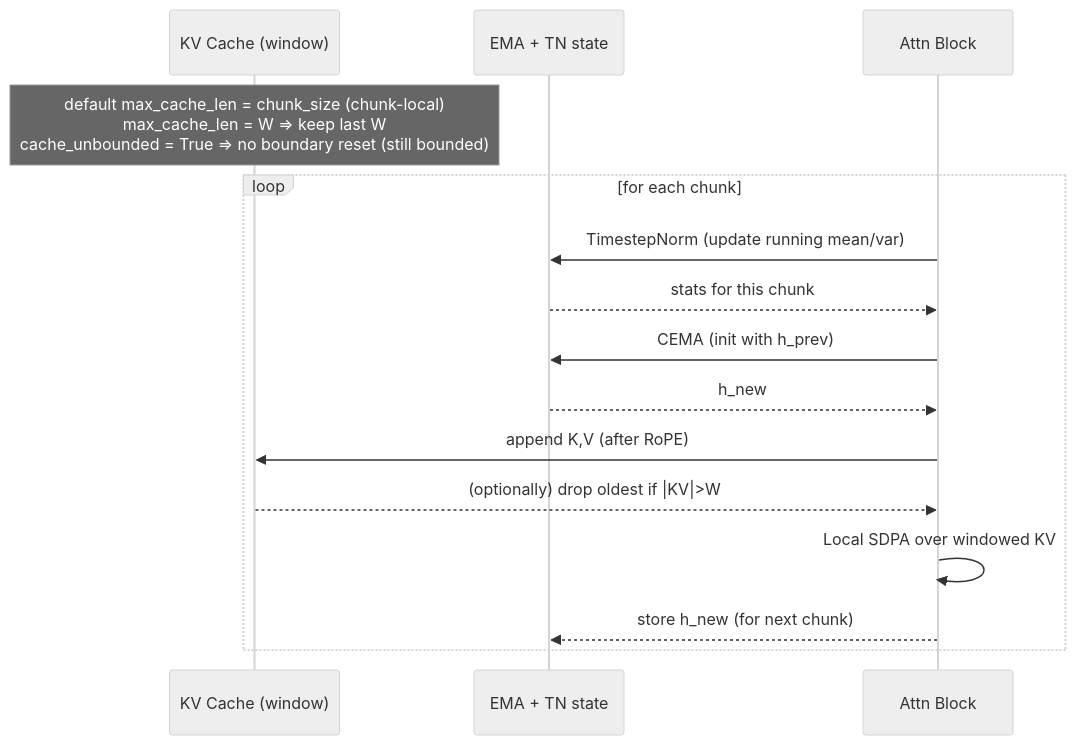
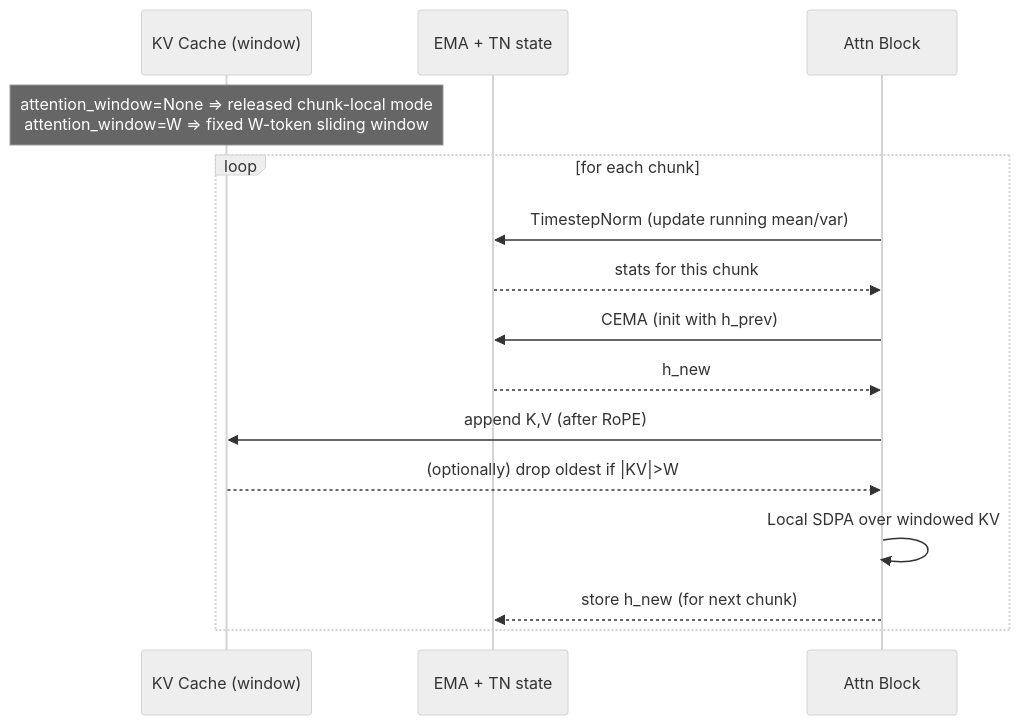
Before and after one commit to pszemraj/megalodon-jax: the second of 3 diagrams in docs/long-context-streaming.md, drawn with Mermaid (neutral theme). The commit also changed other lines of this file and 6 other files, not shown here.

````diff
--- a/docs/long-context-streaming.md
+++ b/docs/long-context-streaming.md
@@ -55,18 +55,18 @@
 ```mermaid
 sequenceDiagram
     participant Cache as KV Cache (window)
     participant State as EMA + TN state
     participant Block as Attn Block
-    Note over Cache: default max_cache_len = chunk_size (chunk-local)<br/>max_cache_len = W => keep last W<br/>cache_unbounded = True => no boundary reset (still bounded)
+    Note over Cache: attention_window=None => released chunk-local mode<br/>attention_window=W => fixed W-token sliding window
 
     Loop for each chunk
         Block->>State: TimestepNorm (update running mean/var)
         State-->>Block: stats for this chunk
         Block->>State: CEMA (init with h_prev)
         State-->>Block: h_new
         Block->>Cache: append K,V (after RoPE)
         Cache-->>Block: (optionally) drop oldest if |KV|>W
         Block->>Block: Local SDPA over windowed KV
         Block-->>State: store h_new (for next chunk)
     end
 ```
````
